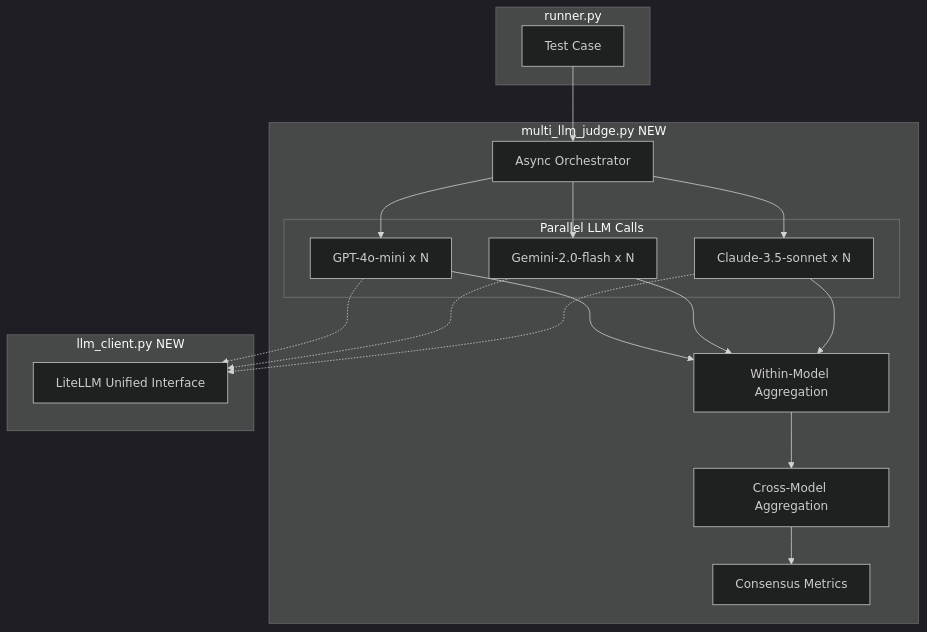
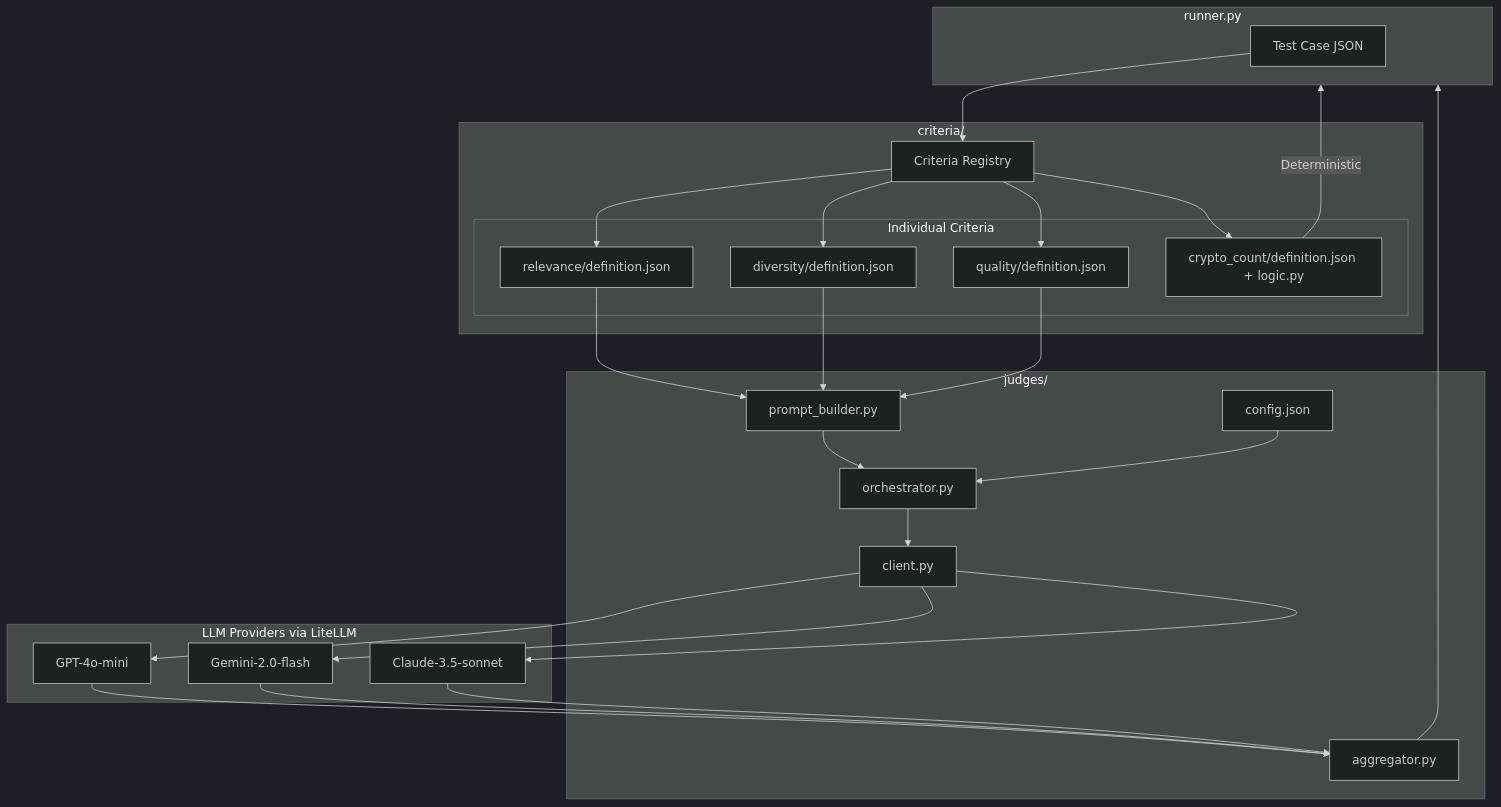
The diagram in rec/plans/multi-llm_judge_infrastructure_474849c6.plan.md (rohankatakam/ser_res), drawn with Mermaid (dark theme) before and after one commit. The commit also changed other lines of this file and 1 other file, not shown here.

Commit message:
updated plans to reflect update strategy for multillm judge infra

````diff
--- a/rec/plans/multi-llm_judge_infrastructure_474849c6.plan.md
+++ b/rec/plans/multi-llm_judge_infrastructure_474849c6.plan.md
@@ -47,38 +71,54 @@
 ```mermaid
 flowchart TB
     subgraph runner [runner.py]
-        TestCase[Test Case]
+        TC[Test Case JSON]
     end
     
-    subgraph multi_judge [multi_llm_judge.py NEW]
-        Orchestrator[Async Orchestrator]
-        
-        subgraph llm_calls [Parallel LLM Calls]
-            GPT[GPT-4o-mini x N]
-            Gemini[Gemini-2.0-flash x N]
-            Claude[Claude-3.5-sonnet x N]
+    subgraph criteria_pkg [criteria/]
+        CR[Criteria Registry]
+        subgraph criterion_folders [Individual Criteria]
+            C1[relevance/definition.json]
+            C2[diversity/definition.json]
+            C3[quality/definition.json]
+            C4[crypto_count/definition.json + logic.py]
         end
-        
-        WithinAgg[Within-Model Aggregation]
-        CrossAgg[Cross-Model Aggregation]
-        Consensus[Consensus Metrics]
     end
     
-    subgraph litellm_client [llm_client.py NEW]
-        LiteLLM[LiteLLM Unified Interface]
+    subgraph judges_pkg [judges/]
+        PB[prompt_builder.py]
+        ORCH[orchestrator.py]
+        AGG[aggregator.py]
+        CLI[client.py]
+        CFG[config.json]
     end
     
-    TestCase --> Orchestrator
-    Orchestrator --> GPT
-    Orchestrator --> Gemini
-    Orchestrator --> Claude
-    GPT --> WithinAgg
-    Gemini --> WithinAgg
-    Claude --> WithinAgg
-    WithinAgg --> CrossAgg
-    CrossAgg --> Consensus
+    subgraph llm_providers [LLM Providers via LiteLLM]
+        GPT[GPT-4o-mini]
+        GEM[Gemini-2.0-flash]
+        CLD[Claude-3.5-sonnet]
+    end
     
-    GPT -.-> LiteLLM
-    Gemini -.-> LiteLLM
-    Claude -.-> LiteLLM
+    TC --> CR
+    CR --> C1
+    CR --> C2
+    CR --> C3
+    CR --> C4
+    
+    C1 --> PB
+    C2 --> PB
+    C3 --> PB
+    
+    C4 -->|Deterministic| runner
+    
+    PB --> ORCH
+    CFG --> ORCH
+    ORCH --> CLI
+    CLI --> GPT
+    CLI --> GEM
+    CLI --> CLD
+    
+    GPT --> AGG
+    GEM --> AGG
+    CLD --> AGG
+    AGG --> runner
 ```
````
